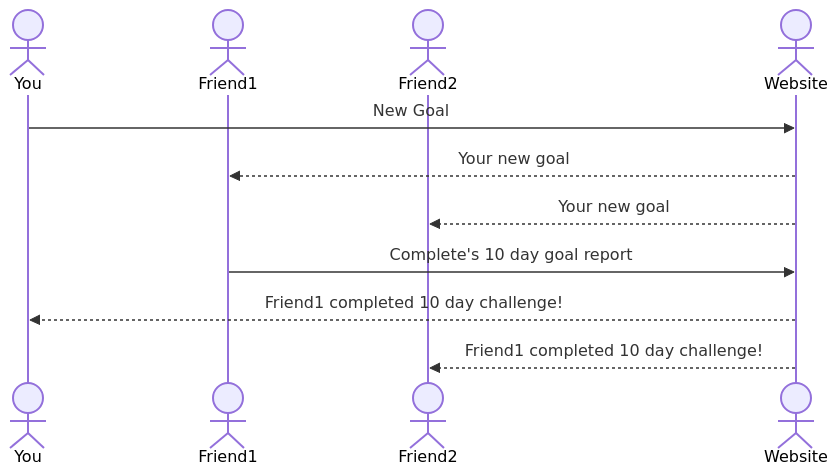
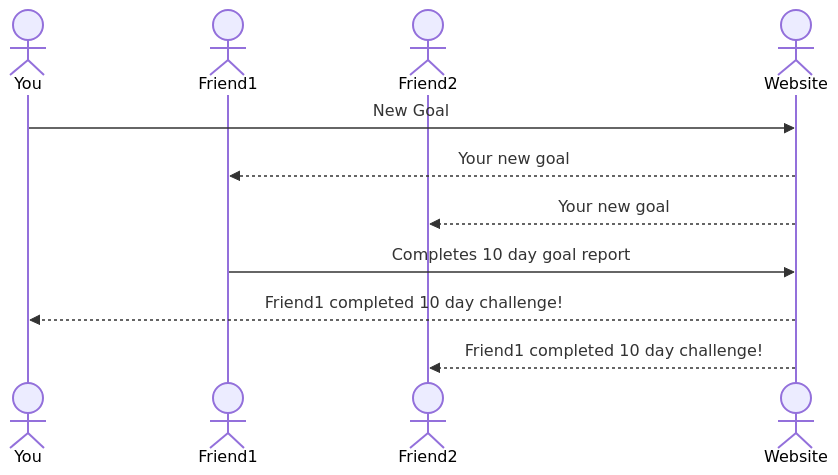
The diagram in README.md (johno4472/startupRedo), drawn with Mermaid before and after one commit.

Commit message:
Sequence Diagram attempt minor edit

````diff
--- a/README.md
+++ b/README.md
@@ -26,13 +26,13 @@
 ```mermaid
 sequenceDiagram
     actor You
     actor Friend1
     actor Friend2
     actor Website
     You->>Website: New Goal
     Website-->>Friend1: Your new goal
     Website-->>Friend2: Your new goal
-    Friend1->>Website: Complete's 10 day goal report
+    Friend1->>Website: Completes 10 day goal report
     Website-->>You: Friend1 completed 10 day challenge!
     Website-->>Friend2: Friend1 completed 10 day challenge!
 ```
````
